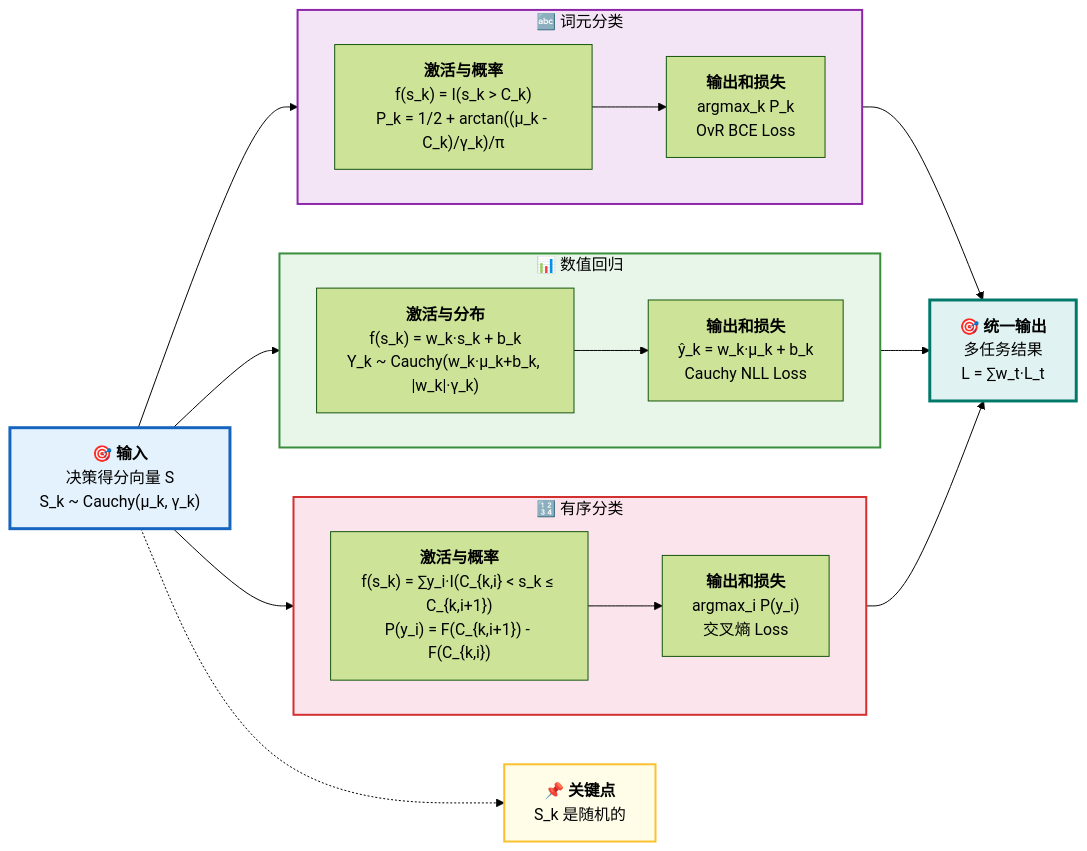
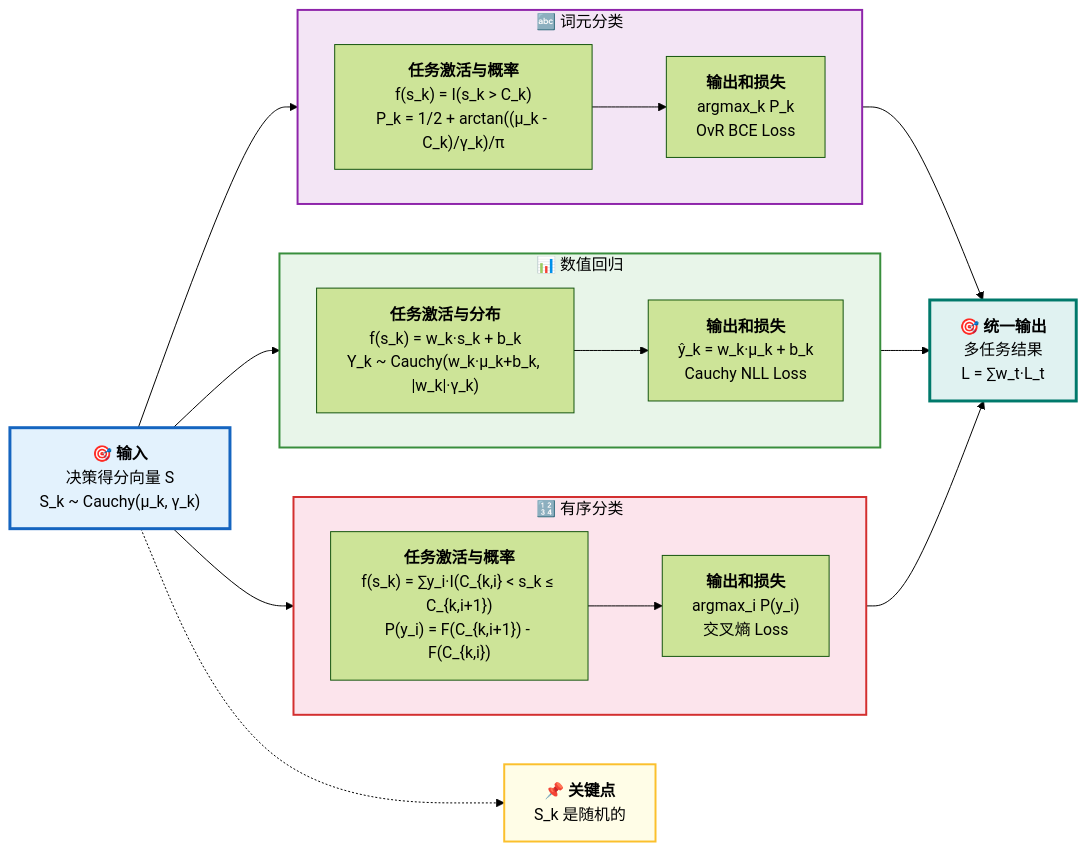
One commit to 1587causalai/CausalQwen changed the sixth of 8 diagrams in causal_engine/MATHEMATICAL_FOUNDATIONS_CN.md. Above: the diagram before and after it, drawn with Mermaid (forest theme). The commit also changed other lines of this file and 3 other files, not shown here.

````diff
--- a/causal_engine/MATHEMATICAL_FOUNDATIONS_CN.md
+++ b/causal_engine/MATHEMATICAL_FOUNDATIONS_CN.md
@@ -383,50 +343,50 @@
 ```mermaid
 graph LR
     %% 输入
     Input["🎯 <b>输入</b><br/>决策得分向量 S<br/>S_k ~ Cauchy(μ_k, γ_k)"]
     
     %% 直接连接到三个并行任务分支
     Input --> Token
     Input --> Numeric
     Input --> Discrete
     
     subgraph Token ["🔤 词元分类"]
         direction LR
-        T1["<b>激活与概率</b><br/>f(s_k) = I(s_k > C_k)<br/>P_k = 1/2 + arctan((μ_k - C_k)/γ_k)/π"]
+        T1["<b>任务激活与概率</b><br/>f(s_k) = I(s_k > C_k)<br/>P_k = 1/2 + arctan((μ_k - C_k)/γ_k)/π"]
         T2["<b>输出和损失</b><br/>argmax_k P_k <br/>OvR BCE Loss"]
         T1 --> T2
     end
     
     subgraph Numeric ["📊 数值回归"]
         direction LR
-        N1["<b>激活与分布</b><br/>f(s_k) = w_k·s_k + b_k<br/>Y_k ~ Cauchy(w_k·μ_k+b_k, |w_k|·γ_k)"]
+        N1["<b>任务激活与分布</b><br/>f(s_k) = w_k·s_k + b_k<br/>Y_k ~ Cauchy(w_k·μ_k+b_k, |w_k|·γ_k)"]
         N2["<b>输出和损失</b><br/>ŷ_k = w_k·μ_k + b_k <br/> Cauchy NLL Loss"]
         N1 --> N2
     end
     
     subgraph Discrete ["🔢 有序分类"]
         direction LR
-        D1["<b>激活与概率</b><br/>f(s_k) = ∑y_i·I(C_{k,i} < s_k ≤ C_{k,i+1})<br/>P(y_i) = F(C_{k,i+1}) - F(C_{k,i})"]
+        D1["<b>任务激活与概率</b><br/>f(s_k) = ∑y_i·I(C_{k,i} < s_k ≤ C_{k,i+1})<br/>P(y_i) = F(C_{k,i+1}) - F(C_{k,i})"]
         D2["<b>输出和损失</b><br/>argmax_i P(y_i) <br/>交叉熵 Loss"]
         D1 --> D2
     end
     
     %% 输出整合
     Token --> Output
     Numeric --> Output
     Discrete --> Output
     
     Output["🎯 <b>统一输出</b><br/>多任务结果<br/>L = ∑w_t·L_t"]
     
     %% 注释
     Input -.-> Note["📌 <b>关键点</b><br/>S_k 是随机的"]
     
     %% 样式定义
     style Input fill:#e3f2fd,stroke:#1565c0,stroke-width:3px,color:#000
     style Output fill:#e0f2f1,stroke:#00796b,stroke-width:3px,color:#000
     style Note fill:#fffde7,stroke:#fbc02d,stroke-width:2px,color:#000
     
     style Token fill:#f3e5f5,stroke:#8e24aa,stroke-width:2px,color:#000
     style Numeric fill:#e8f5e9,stroke:#388e3c,stroke-width:2px,color:#000
     style Discrete fill:#fce4ec,stroke:#d32f2f,stroke-width:2px,color:#000
 ```
````
